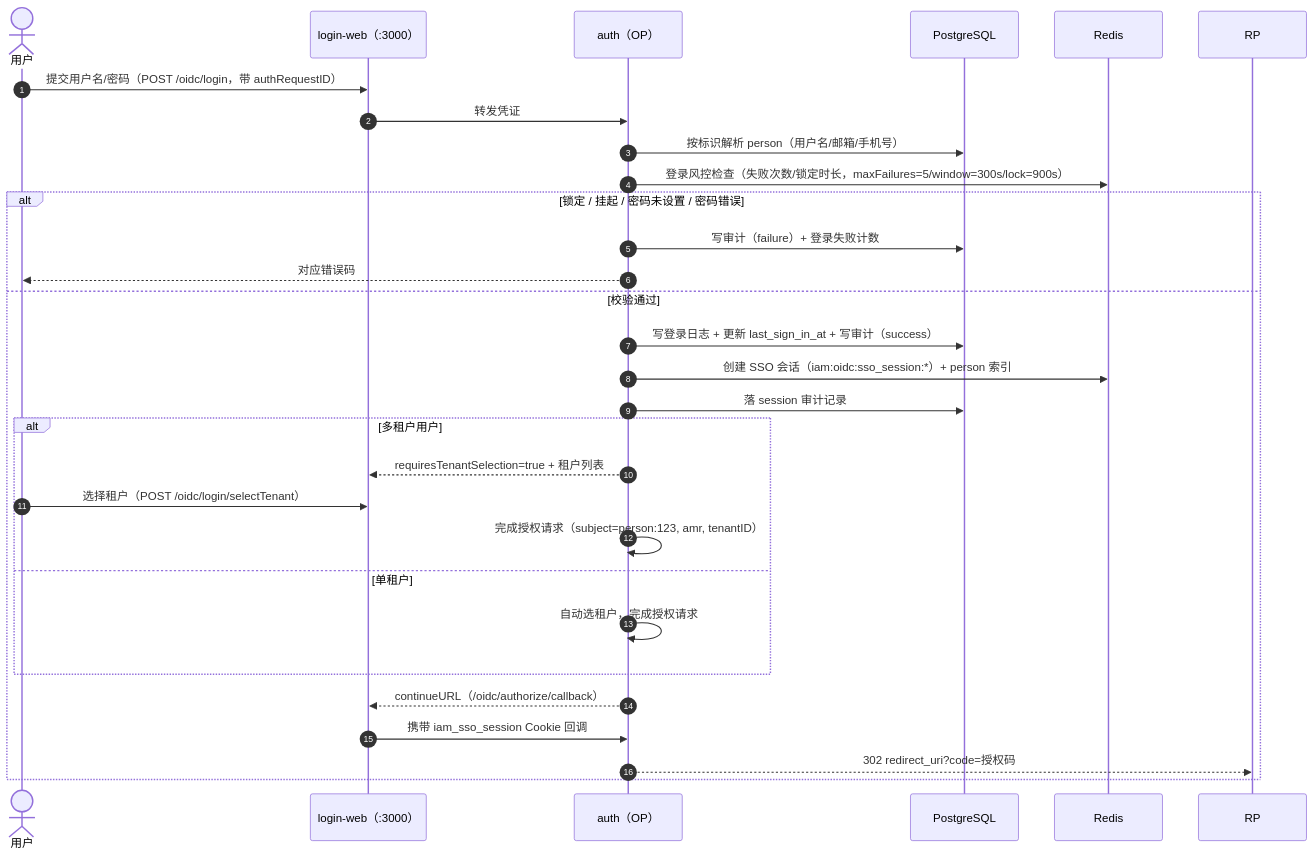
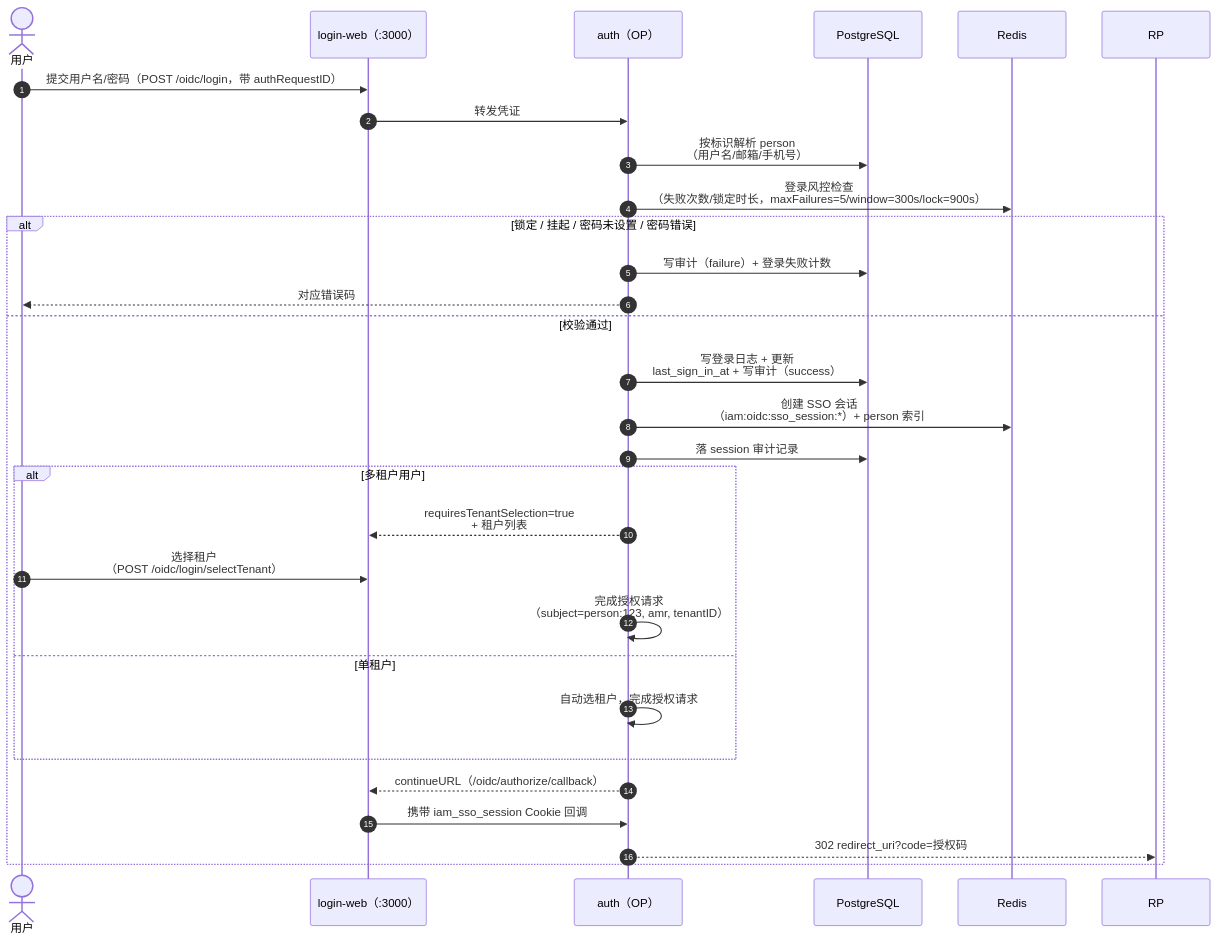
The fifth of 13 diagrams in docs/design/system-design.md (morehao/ark-iam), drawn with Mermaid before and after one commit. The commit also changed other lines of this file and 172 other files, not shown here.

````diff
--- a/docs/design/system-design.md
+++ b/docs/design/system-design.md
@@ -615,32 +583,32 @@
 ```mermaid
 sequenceDiagram
     autonumber
     actor U as 用户
     participant LW as login-web（:3000）
     participant A as auth（OP）
     participant DB as PostgreSQL
     participant RD as Redis
 
     U->>LW: 提交用户名/密码（POST /oidc/login，带 authRequestID）
     LW->>A: 转发凭证
-    A->>DB: 按标识解析 person（用户名/邮箱/手机号）
-    A->>RD: 登录风控检查（失败次数/锁定时长，maxFailures=5/window=300s/lock=900s）
+    A->>DB: 按标识解析 person<br/>（用户名/邮箱/手机号）
+    A->>RD: 登录风控检查<br/>（失败次数/锁定时长，maxFailures=5/window=300s/lock=900s）
     alt 锁定 / 挂起 / 密码未设置 / 密码错误
         A->>DB: 写审计（failure）+ 登录失败计数
         A-->>U: 对应错误码
     else 校验通过
-        A->>DB: 写登录日志 + 更新 last_sign_in_at + 写审计（success）
-        A->>RD: 创建 SSO 会话（iam:oidc:sso_session:*）+ person 索引
+        A->>DB: 写登录日志 + 更新<br/>last_sign_in_at + 写审计（success）
+        A->>RD: 创建 SSO 会话<br/>（iam:oidc:sso_session:*）+ person 索引
         A->>DB: 落 session 审计记录
         alt 多租户用户
-            A-->>LW: requiresTenantSelection=true + 租户列表
-            U->>LW: 选择租户（POST /oidc/login/selectTenant）
-            A->>A: 完成授权请求（subject=person:123, amr, tenantID）
+            A-->>LW: requiresTenantSelection=true<br/>+ 租户列表
+            U->>LW: 选择租户<br/>（POST /oidc/login/selectTenant）
+            A->>A: 完成授权请求<br/>（subject=person:123, amr, tenantID）
         else 单租户
             A->>A: 自动选租户，完成授权请求
         end
         A-->>LW: continueURL（/oidc/authorize/callback）
         LW->>A: 携带 iam_sso_session Cookie 回调
         A-->>RP: 302 redirect_uri?code=授权码
     end
 ```
````
